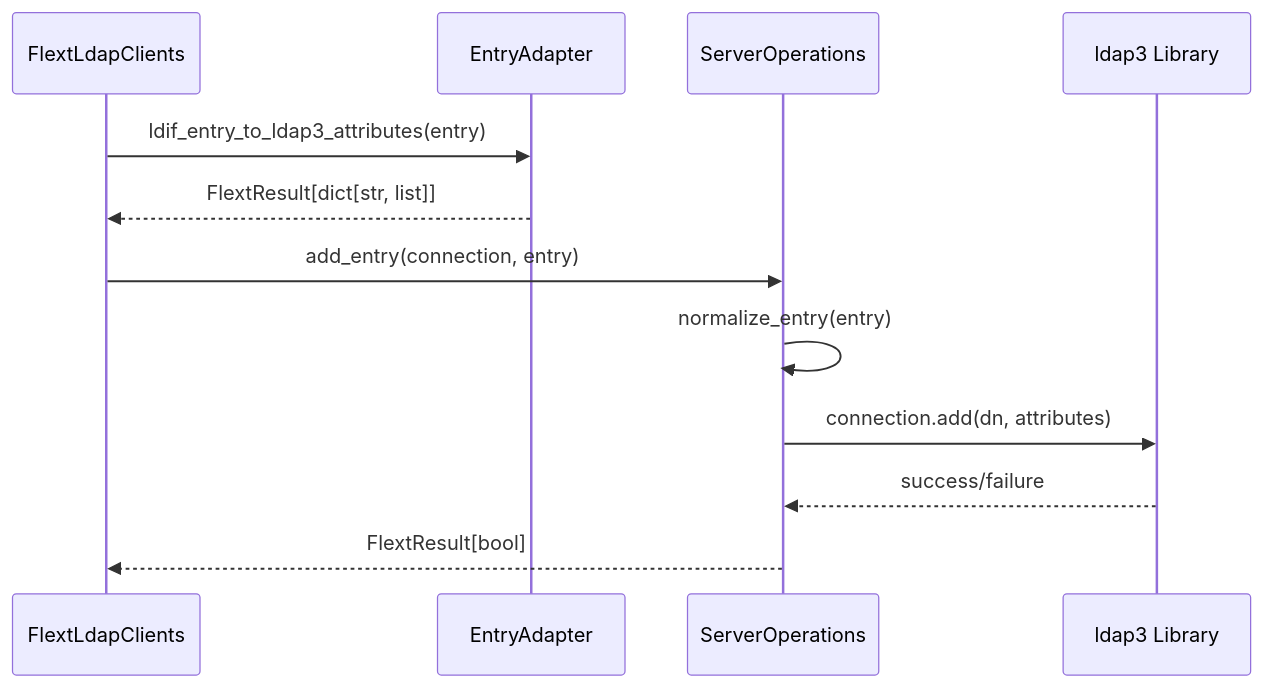
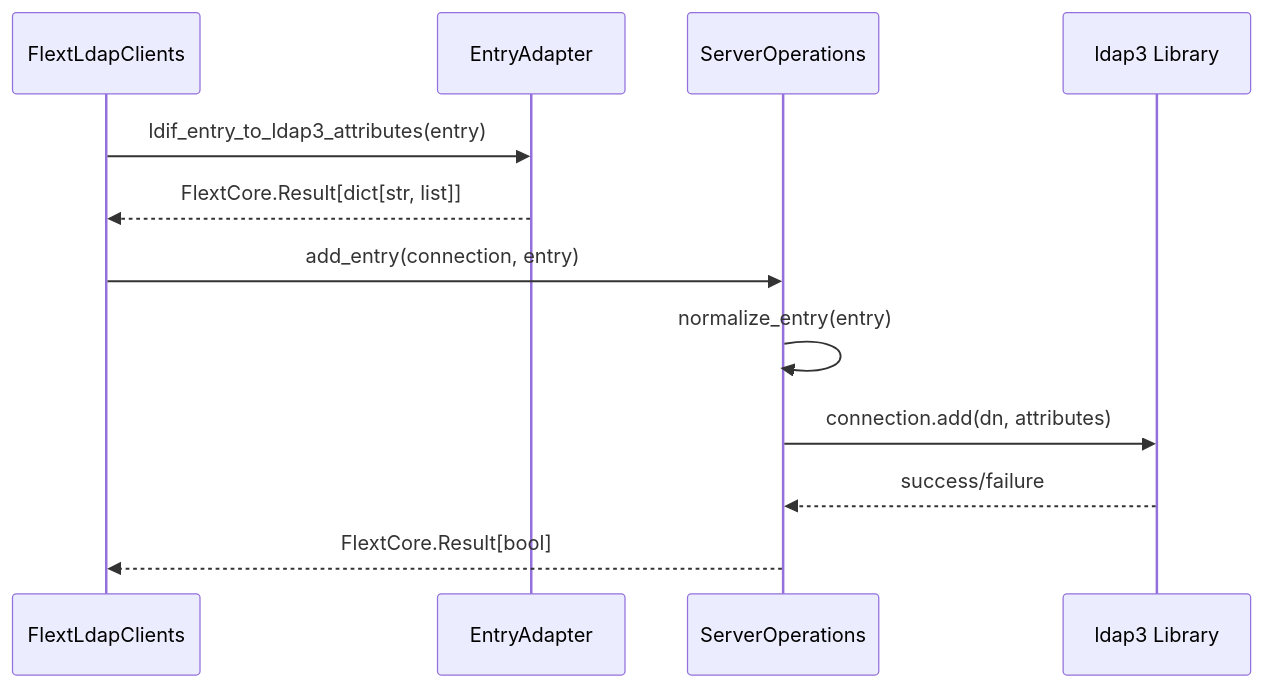
The first of 3 diagrams in docs/architecture.md (flext-sh/flext-ldap), drawn with Mermaid before and after one commit. The commit also changed other lines of this file and 129 other files, not shown here.

````diff
--- a/docs/architecture.md
+++ b/docs/architecture.md
@@ -262,15 +262,15 @@
 ```mermaid
 sequenceDiagram
     participant Client as FlextLdapClients
     participant Adapter as EntryAdapter
     participant Ops as ServerOperations
     participant ldap3 as ldap3 Library
 
     Client->>Adapter: ldif_entry_to_ldap3_attributes(entry)
-    Adapter-->>Client: FlextResult[dict[str, list]]
+    Adapter-->>Client: FlextCore.Result[dict[str, list]]
     Client->>Ops: add_entry(connection, entry)
     Ops->>Ops: normalize_entry(entry)
     Ops->>ldap3: connection.add(dn, attributes)
     ldap3-->>Ops: success/failure
-    Ops-->>Client: FlextResult[bool]
+    Ops-->>Client: FlextCore.Result[bool]
 ```
````
